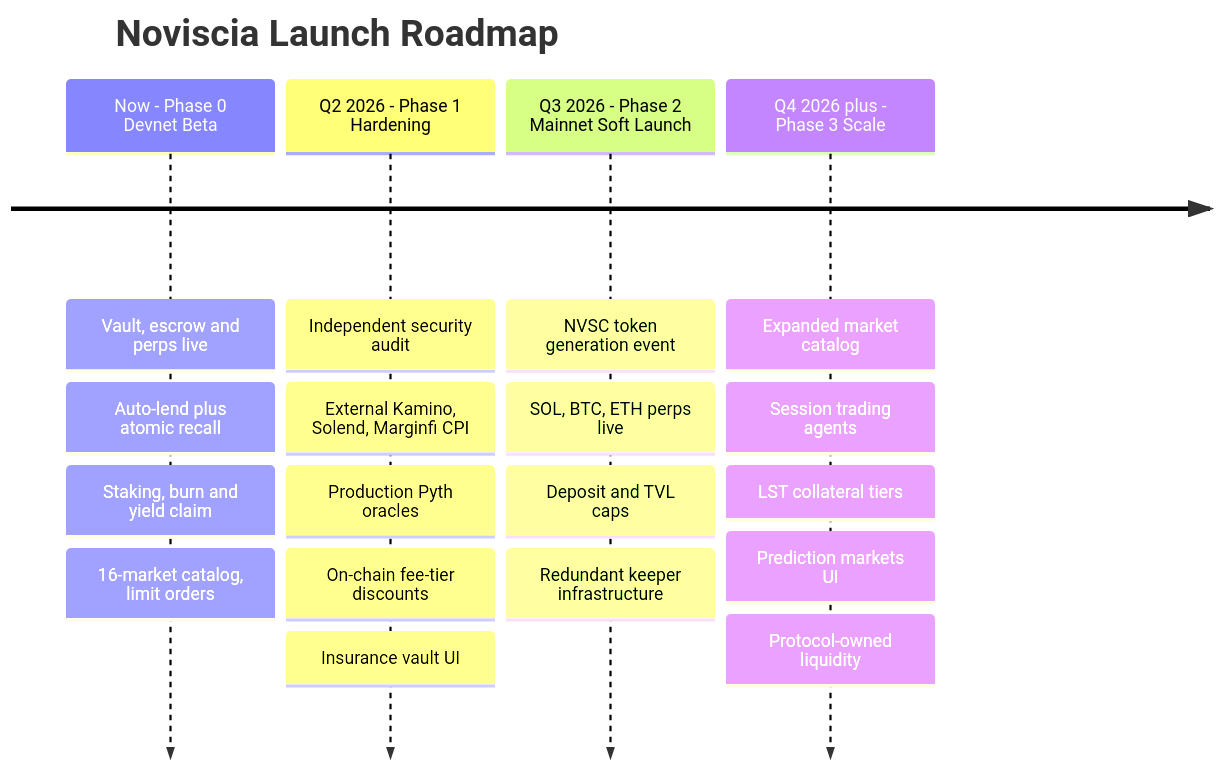
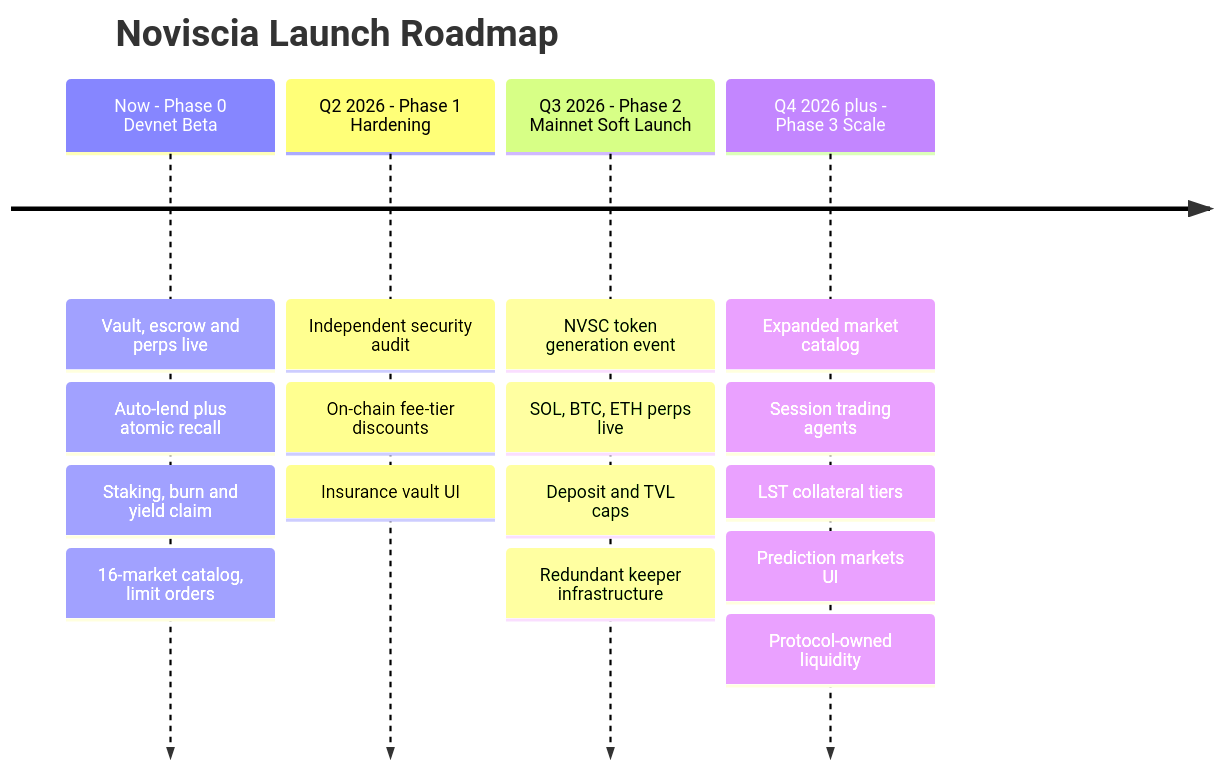
One commit to KezzyNgotho/noviscia-protocol changed the diagram in docs/assets/roadmap-timeline.mmd. Above: the diagram before and after it, drawn with Mermaid. The commit also changed 25 other files, not shown here.

```diff
--- a/docs/assets/roadmap-timeline.mmd
+++ b/docs/assets/roadmap-timeline.mmd
@@ -1,6 +1,6 @@
 timeline
     title Noviscia Launch Roadmap
     Now - Phase 0 Devnet Beta : Vault, escrow and perps live : Auto-lend plus atomic recall : Staking, burn and yield claim : 16-market catalog, limit orders
-    Q2 2026 - Phase 1 Hardening : Independent security audit : External Kamino, Solend, Marginfi CPI : Production Pyth oracles : On-chain fee-tier discounts : Insurance vault UI
+    Q2 2026 - Phase 1 Hardening : Independent security audit : On-chain fee-tier discounts : Insurance vault UI
     Q3 2026 - Phase 2 Mainnet Soft Launch : NVSC token generation event : SOL, BTC, ETH perps live : Deposit and TVL caps : Redundant keeper infrastructure
     Q4 2026 plus - Phase 3 Scale : Expanded market catalog : Session trading agents : LST collateral tiers : Prediction markets UI : Protocol-owned liquidity
```
